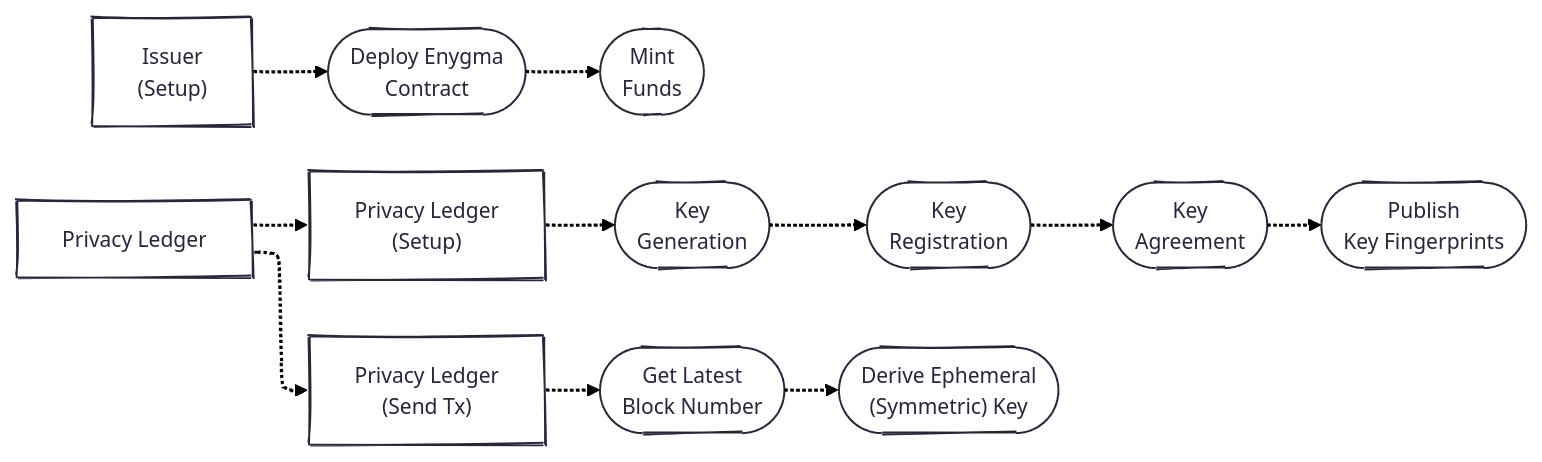
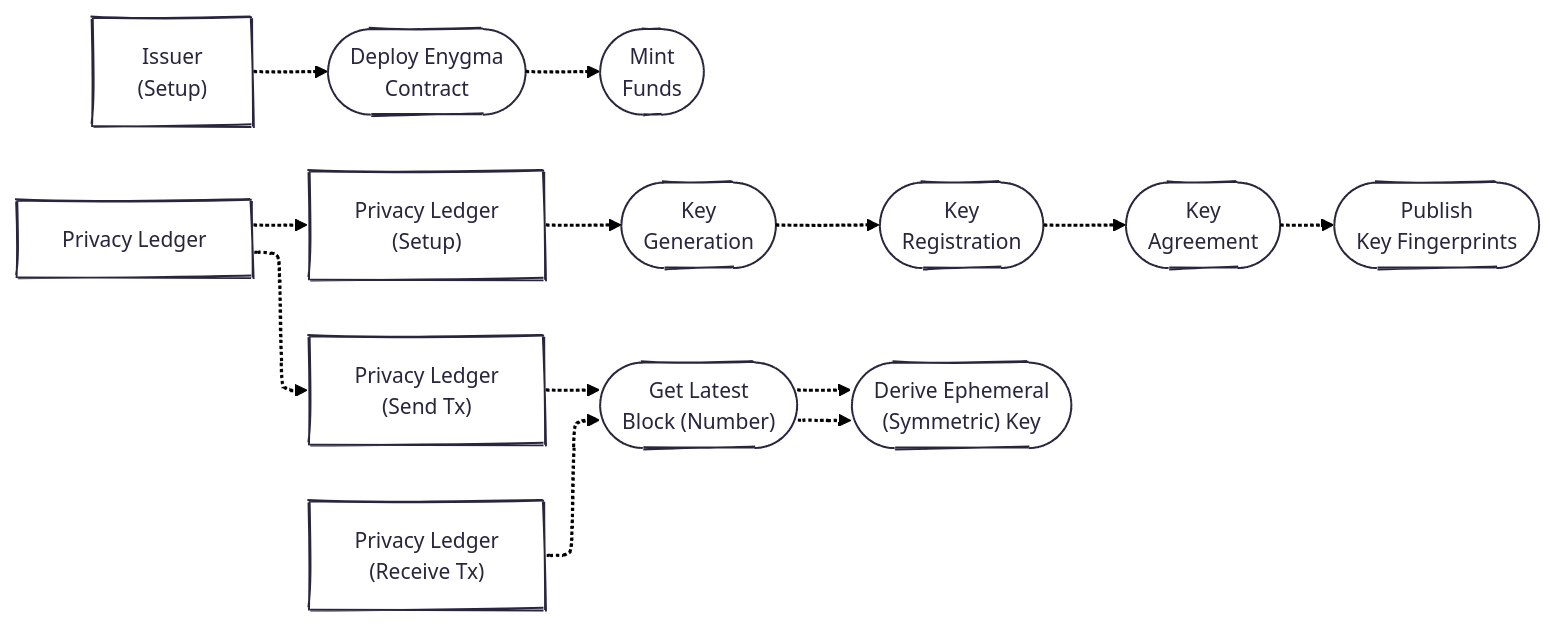
Before and after one commit to raylsnetwork/Enygma: the diagram in enygma_payments/protocol_description.md, drawn with Mermaid.

Commit message:
Update protocol description for clarity

````diff
--- a/enygma_payments/protocol_description.md
+++ b/enygma_payments/protocol_description.md
@@ -4,30 +4,35 @@
 ```mermaid
 ---
 config:
   theme: redux
   layout: elk
   look: handDrawn
 ---
 flowchart LR
     i_setup["Issuer<br>(Setup)"]
     deploy(["Deploy Enygma<br>Contract"])
     mint(["Mint<br>Funds"])
 
     pl["Privacy Ledger"]
     pl_setup["Privacy Ledger<br>(Setup)"]
     keygen(["Key<br>Generation"])
     register(["Key<br>Registration"])
     kem(["Key<br>Agreement"])
     publish(["Publish<br>Key Fingerprints"])
 
     pl_send["Privacy Ledger<br>(Send Tx)"]
-    getblock(["Get Latest<br>Block Number"])
+    getblock(["Get Latest<br>Block (Number)"])
     derivekey(["Derive Ephemeral<br>(Symmetric) Key"])
+
+    pl_receive["Privacy Ledger<br>(Receive Tx)"]
+
+
 
     i_setup -.-> deploy -.-> mint
 
     pl -.-> pl_setup & pl_send
+
     pl_setup -.-> keygen -.-> register -.-> kem -.-> publish
-
     pl_send -.-> getblock -.-> derivekey
+    pl_receive -.-> getblock -.-> derivekey
 ```
````
